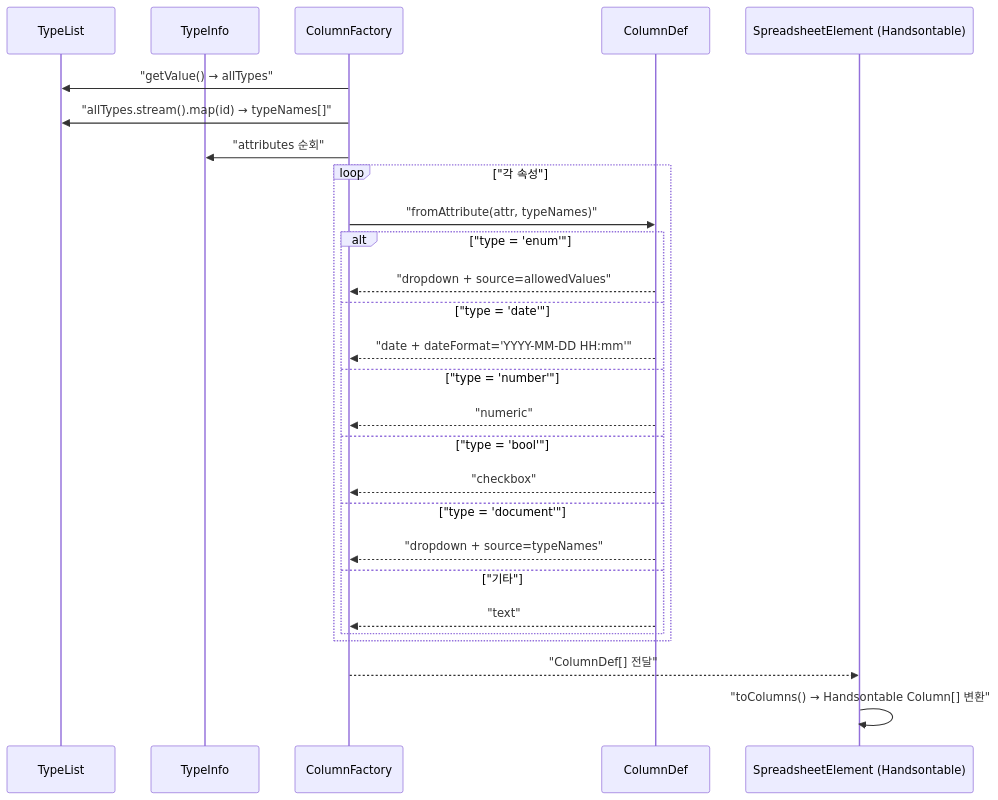
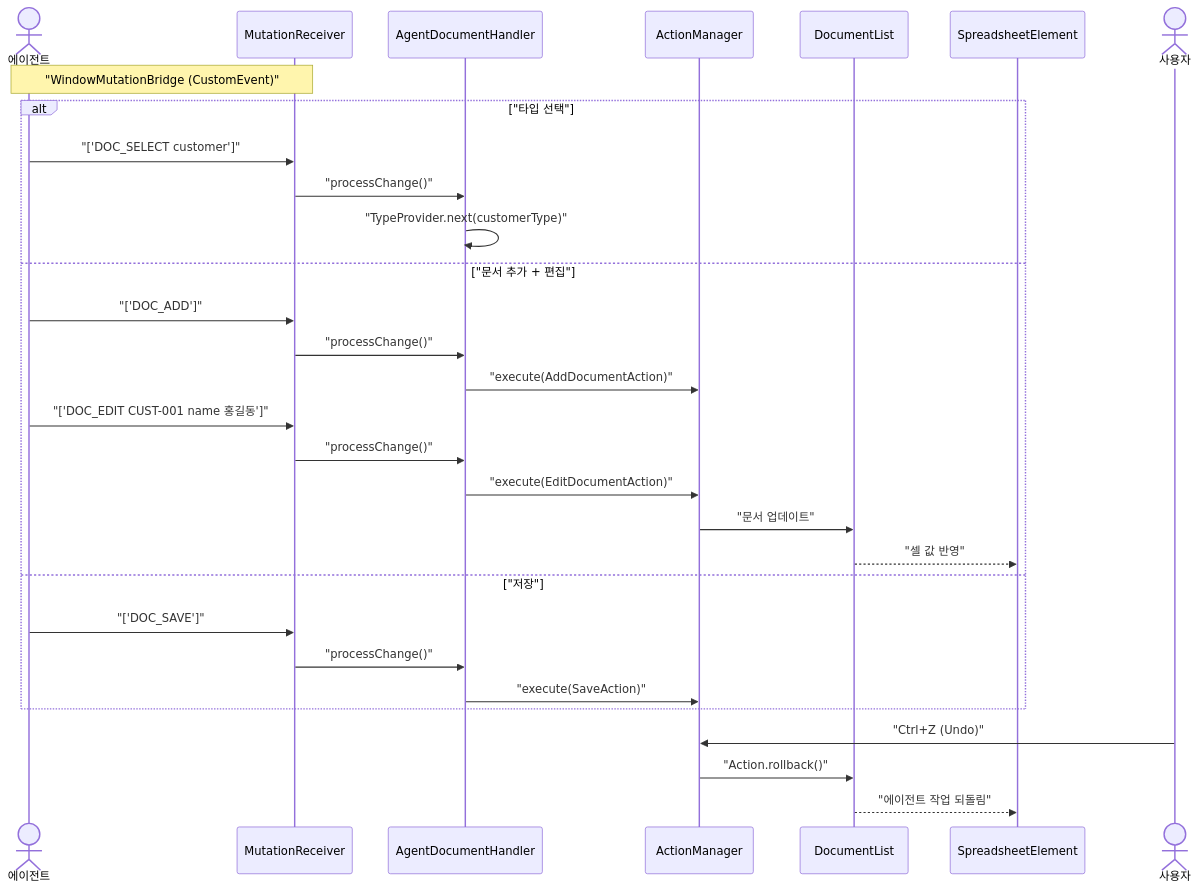
The fourth of 5 diagrams in document-ui/USECASE.md (sayaya1090/handbook), drawn with Mermaid before and after one commit. The commit also changed other lines of this file and 10 other files, not shown here.

````diff
--- a/document-ui/USECASE.md
+++ b/document-ui/USECASE.md
@@ -69,30 +85,35 @@
 ```mermaid
 sequenceDiagram
-    participant TL as TypeList
-    participant TI as TypeInfo
-    participant CF as ColumnFactory
-    participant CD as ColumnDef
-    participant Sheet as SpreadsheetElement (Handsontable)
+    actor Agent as 에이전트
+    participant MR as MutationReceiver
+    participant ADH as AgentDocumentHandler
+    participant AM as ActionManager
+    participant DL as DocumentList
+    participant Sheet as SpreadsheetElement
 
-    CF->>TL: "getValue() → allTypes"
-    CF->>TL: "allTypes.stream().map(id) → typeNames[]"
-    CF->>TI: "attributes 순회"
-    loop "각 속성"
-        CF->>CD: "fromAttribute(attr, typeNames)"
-        alt "type = 'enum'"
-            CD-->>CF: "dropdown + source=allowedValues"
-        else "type = 'date'"
-            CD-->>CF: "date + dateFormat='YYYY-MM-DD HH:mm'"
-        else "type = 'number'"
-            CD-->>CF: "numeric"
-        else "type = 'bool'"
-            CD-->>CF: "checkbox"
-        else "type = 'document'"
-            CD-->>CF: "dropdown + source=typeNames"
-        else "기타"
-            CD-->>CF: "text"
-        end
+    Note over Agent,MR: "WindowMutationBridge (CustomEvent)"
+
+    alt "타입 선택"
+        Agent->>MR: "['DOC_SELECT customer']"
+        MR->>ADH: "processChange()"
+        ADH->>ADH: "TypeProvider.next(customerType)"
+    else "문서 추가 + 편집"
+        Agent->>MR: "['DOC_ADD']"
+        MR->>ADH: "processChange()"
+        ADH->>AM: "execute(AddDocumentAction)"
+        Agent->>MR: "['DOC_EDIT CUST-001 name 홍길동']"
+        MR->>ADH: "processChange()"
+        ADH->>AM: "execute(EditDocumentAction)"
+        AM->>DL: "문서 업데이트"
+        DL-->>Sheet: "셀 값 반영"
+    else "저장"
+        Agent->>MR: "['DOC_SAVE']"
+        MR->>ADH: "processChange()"
+        ADH->>AM: "execute(SaveAction)"
     end
-    CF-->>Sheet: "ColumnDef[] 전달"
-    Sheet->>Sheet: "toColumns() → Handsontable Column[] 변환"
+
+    actor User as 사용자
+    User->>AM: "Ctrl+Z (Undo)"
+    AM->>DL: "Action.rollback()"
+    DL-->>Sheet: "에이전트 작업 되돌림"
 ```
````
